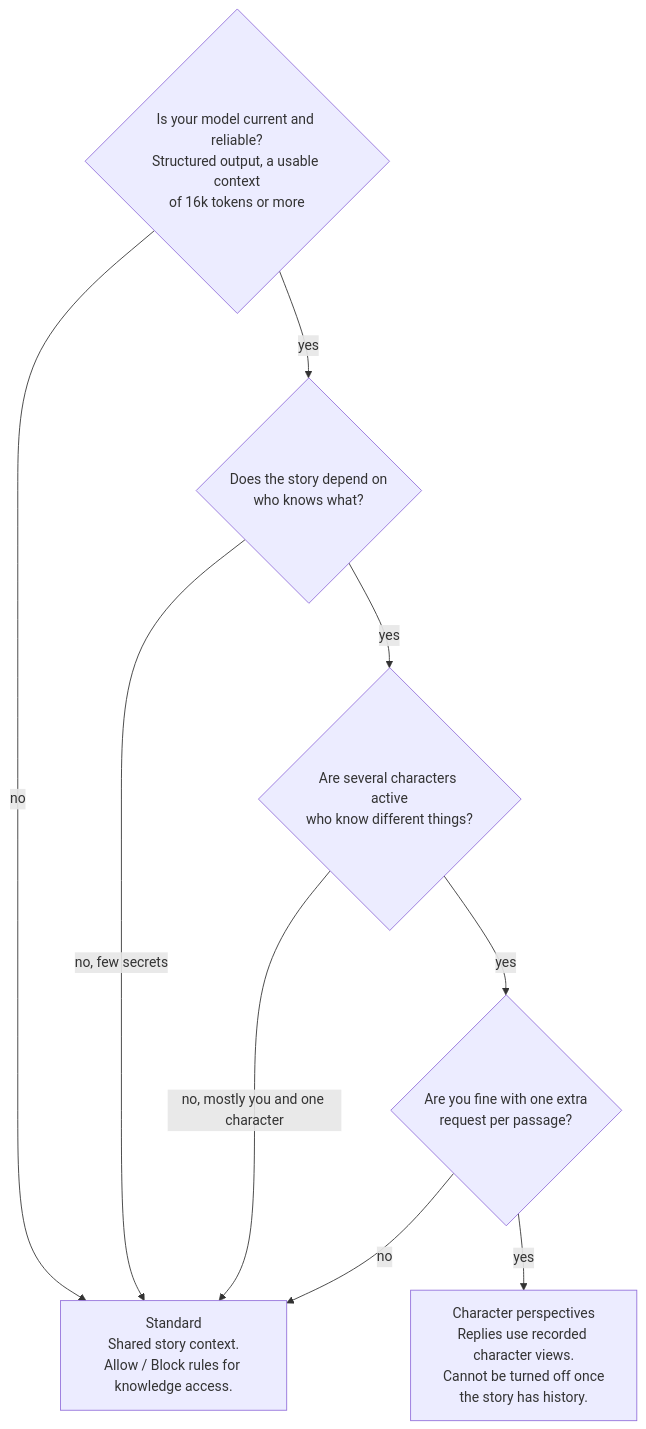
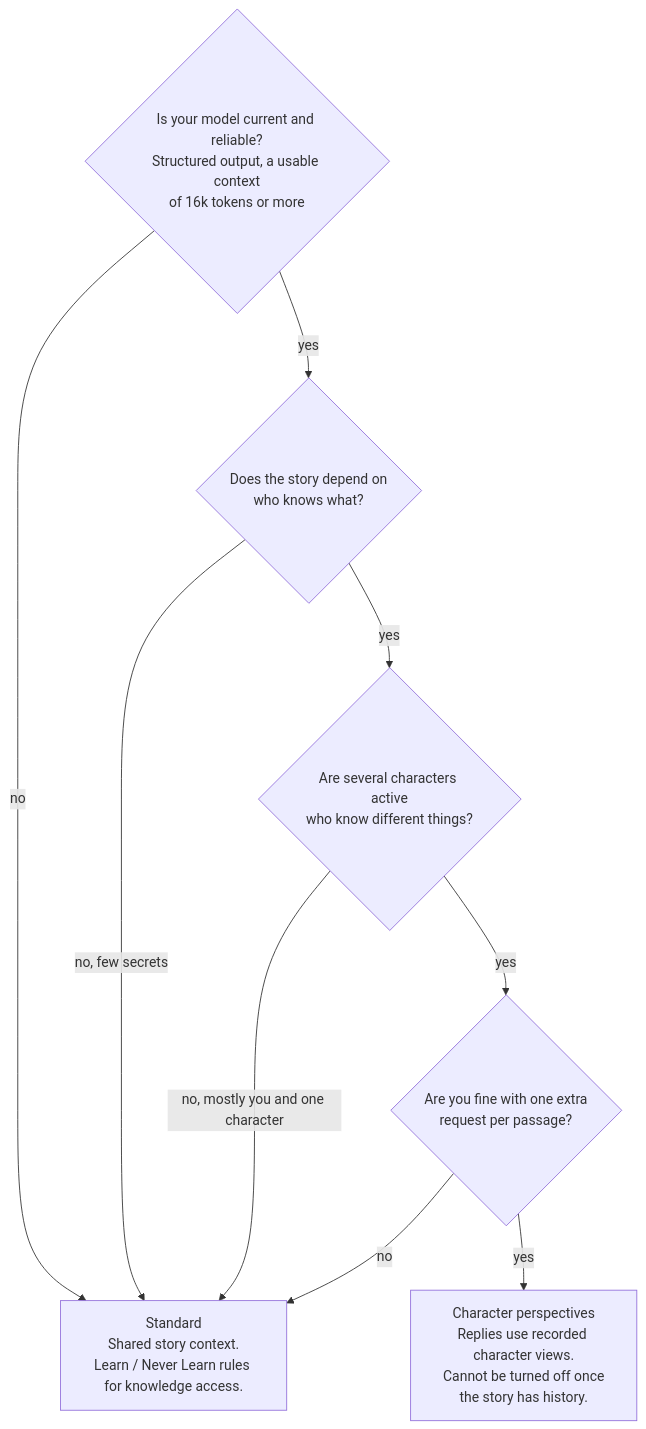
One commit to vegu-ai/talemate changed the sixth of 6 diagrams in docs/user-guide/world-editor/knowledge-how-it-works.md. Above: the diagram before and after it, drawn with Mermaid. The commit also changed other lines of this file and 83 other files, not shown here.

First line of the commit message:
Character knowledge follow-ups: Learn, Never Learn and Unlearn, static entry Known by, History refresh chips, rebuild settles refresh flags, no fact false mark (#662) (#669)

````diff
--- a/docs/user-guide/world-editor/knowledge-how-it-works.md
+++ b/docs/user-guide/world-editor/knowledge-how-it-works.md
@@ -248,11 +248,11 @@
 ```mermaid
 flowchart TD
-    Q1{"Is your model current and reliable?<br/>Structured output, a usable context<br/>of 16k tokens or more"} -- "no" --> STD["Standard<br/>Shared story context.<br/>Allow / Block rules for knowledge access."]
+    Q1{"Is your model current and reliable?<br/>Structured output, a usable context<br/>of 16k tokens or more"} -- "no" --> STD["Standard<br/>Shared story context.<br/>Learn / Never Learn rules for knowledge access."]
     Q1 -- "yes" --> Q2{"Does the story depend on<br/>who knows what?"}
     Q2 -- "no, few secrets" --> STD
     Q2 -- "yes" --> Q2b{"Are several characters active<br/>who know different things?"}
     Q2b -- "no, mostly you and one character" --> STD
     Q2b -- "yes" --> Q3{"Are you fine with one extra<br/>request per passage?"}
     Q3 -- "no" --> STD
     Q3 -- "yes" --> CP["Character perspectives<br/>Replies use recorded character views.<br/>Cannot be turned off once<br/>the story has history."]
 ```
````
